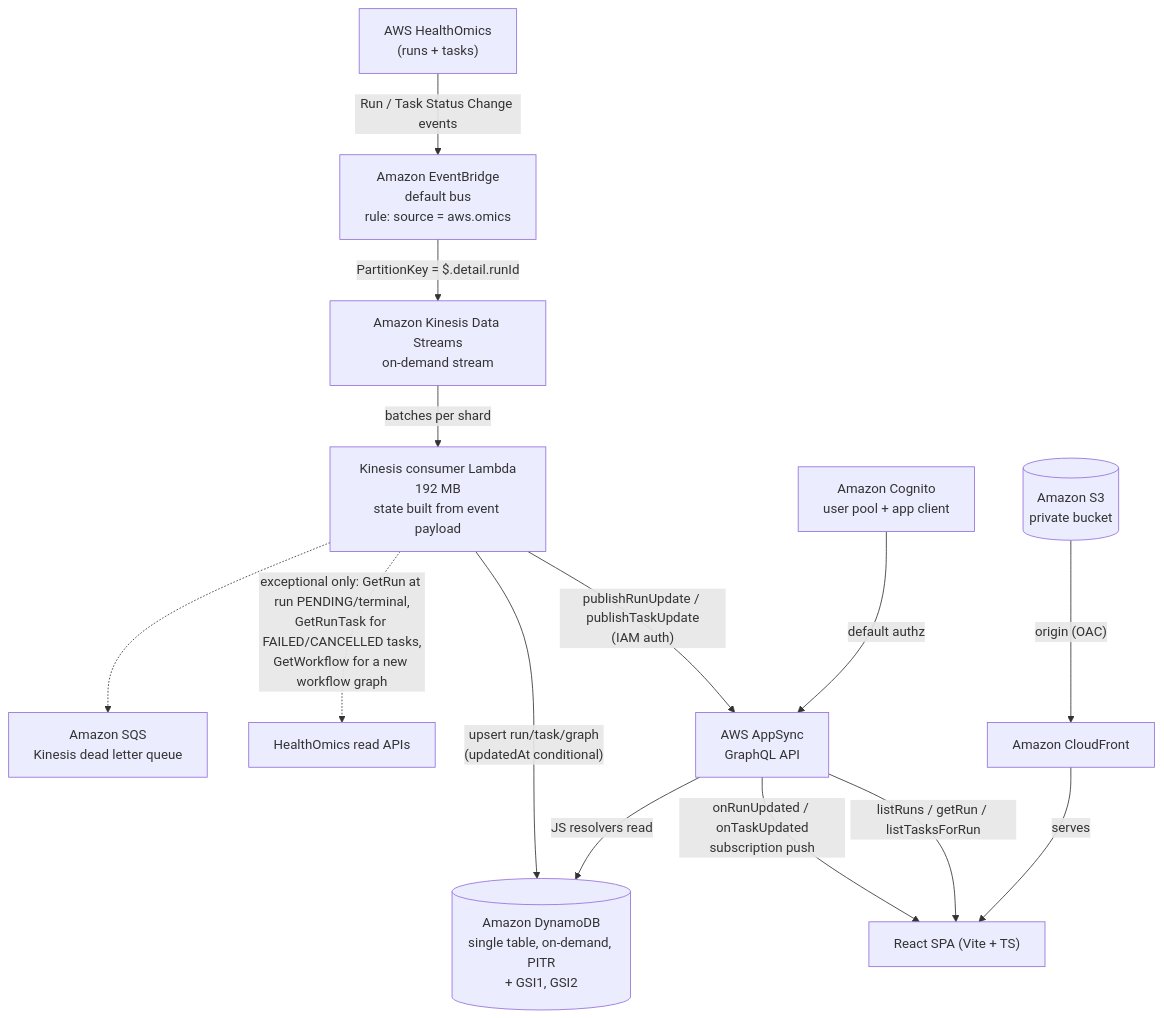
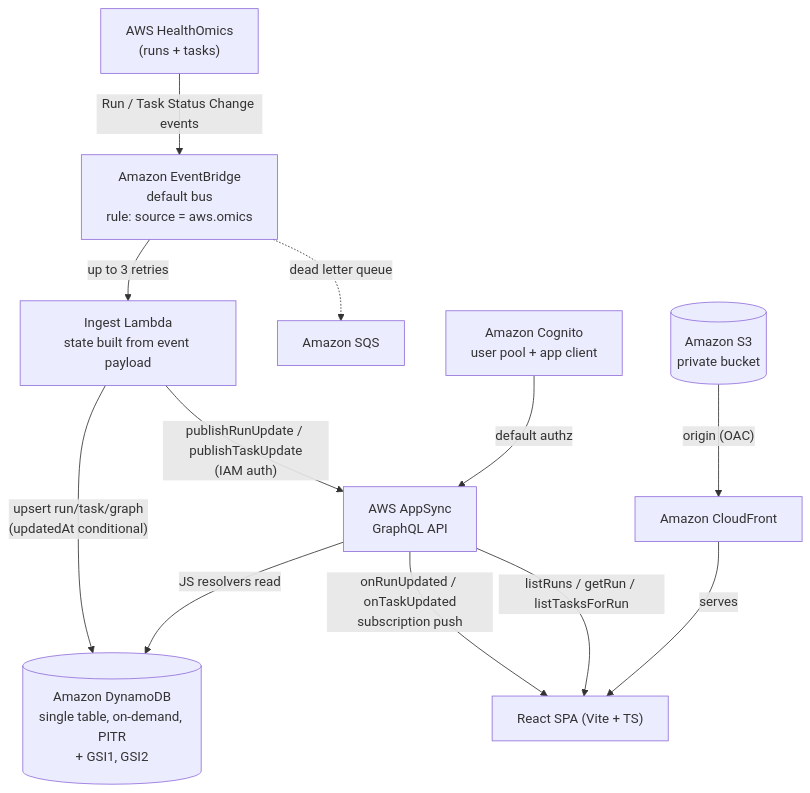
The diagram in README.md (wisech-aws/aws-healthomic-ops), drawn with Mermaid before and after one commit. The commit also changed other lines of this file and 8 other files, not shown here.

````diff
--- a/README.md
+++ b/README.md
@@ -67,16 +66,14 @@
 ```mermaid
 flowchart TD
     HO["AWS HealthOmics<br/>(runs + tasks)"] -->|"Run / Task Status Change events"| EB["Amazon EventBridge<br/>default bus<br/>rule: source = aws.omics"]
-    EB -->|"PartitionKey = $.detail.runId"| KDS["Amazon Kinesis Data Streams<br/>on-demand stream"]
-    KDS -->|"batches per shard"| ING["Kinesis consumer Lambda<br/>192 MB<br/>state built from event payload"]
-    ING -.-> DLQ["Amazon SQS<br/>Kinesis dead letter queue"]
-    ING -.->|"exceptional only: GetRun at run PENDING/terminal,<br/>GetRunTask for FAILED/CANCELLED tasks,<br/>GetWorkflow for a new workflow graph"| HOAPI["HealthOmics read APIs"]
+    EB -->|"up to 3 retries"| ING["Ingest Lambda<br/>state built from event payload"]
+    EB -.->|"dead letter queue"| DLQ["Amazon SQS"]
     ING -->|"upsert run/task/graph<br/>(updatedAt conditional)"| DDB[("Amazon DynamoDB<br/>single table, on-demand, PITR<br/>+ GSI1, GSI2")]
     ING -->|"publishRunUpdate / publishTaskUpdate<br/>(IAM auth)"| APPSYNC["AWS AppSync<br/>GraphQL API"]
     APPSYNC -->|"JS resolvers read"| DDB
     APPSYNC -->|"onRunUpdated / onTaskUpdated<br/>subscription push"| SPA["React SPA (Vite + TS)"]
     APPSYNC -->|"listRuns / getRun / listTasksForRun"| SPA
     S3[("Amazon S3<br/>private bucket")] -->|"origin (OAC)"| CF["Amazon CloudFront"]
     CF -->|"serves"| SPA
     COG["Amazon Cognito<br/>user pool + app client"] -->|"default authz"| APPSYNC
 ```
````
